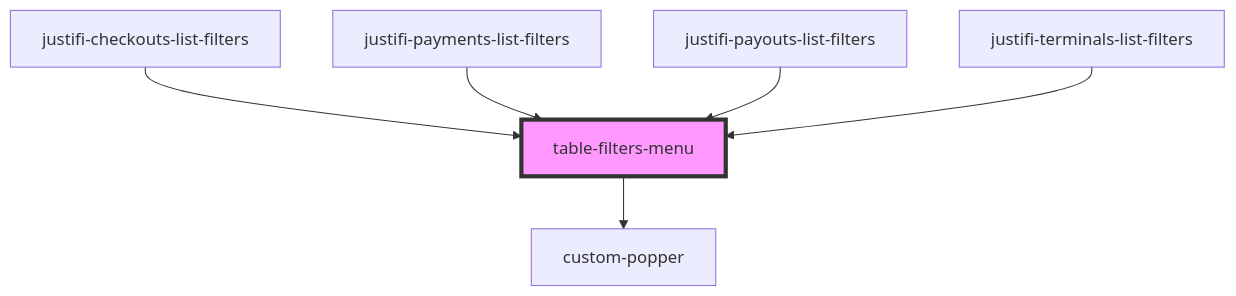
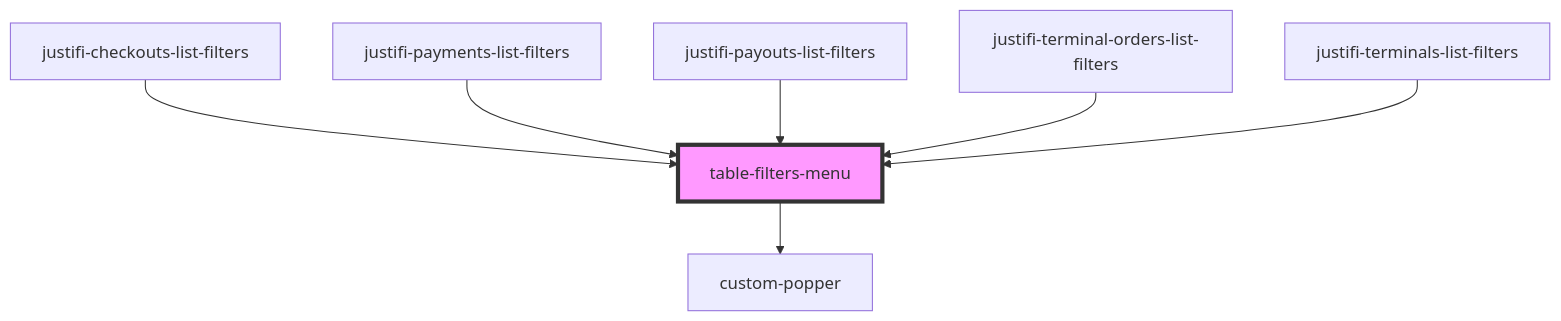
Before and after one commit to justifi-tech/web-component-library: the diagram in packages/webcomponents/src/ui-components/filters/readme.md, drawn with Mermaid. The commit also changed other lines of this file and 4 other files, not shown here.

````diff
--- a/packages/webcomponents/src/ui-components/filters/readme.md
+++ b/packages/webcomponents/src/ui-components/filters/readme.md
@@ -30,9 +31,10 @@
 ```mermaid
 graph TD;
   table-filters-menu --> custom-popper
   justifi-checkouts-list-filters --> table-filters-menu
   justifi-payments-list-filters --> table-filters-menu
   justifi-payouts-list-filters --> table-filters-menu
+  justifi-terminal-orders-list-filters --> table-filters-menu
   justifi-terminals-list-filters --> table-filters-menu
   style table-filters-menu fill:#f9f,stroke:#333,stroke-width:4px
 ```
````
